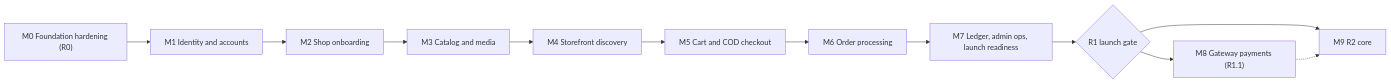
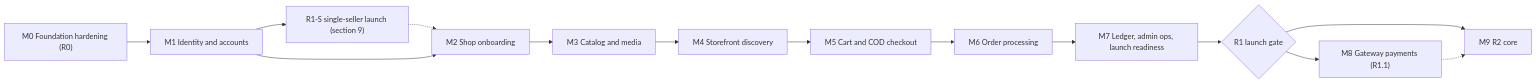
The diagram in docs/12-roadmap-and-backlog.md (harublank0-0/drip-nepal), drawn with Mermaid before and after one commit. The commit also changed other lines of this file and 13 other files, not shown here.

First line of the commit message:
docs: the single-seller launch (R1-S) re-plan (#225)

````diff
--- a/docs/12-roadmap-and-backlog.md
+++ b/docs/12-roadmap-and-backlog.md
@@ -82,14 +83,16 @@
 ```mermaid
 flowchart LR
   M0["M0 Foundation hardening (R0)"] --> M1["M1 Identity and accounts"]
+  M1 --> S["R1-S single-seller launch (section 9)"]
+  S -.-> M2
   M1 --> M2["M2 Shop onboarding"]
   M2 --> M3["M3 Catalog and media"]
   M3 --> M4["M4 Storefront discovery"]
   M4 --> M5["M5 Cart and COD checkout"]
   M5 --> M6["M6 Order processing"]
   M6 --> M7["M7 Ledger, admin ops, launch readiness"]
   M7 --> G{"R1 launch gate"}
   G --> M8["M8 Gateway payments (R1.1)"]
   G --> M9["M9 R2 core"]
   M8 -.-> M9
 ```
````
